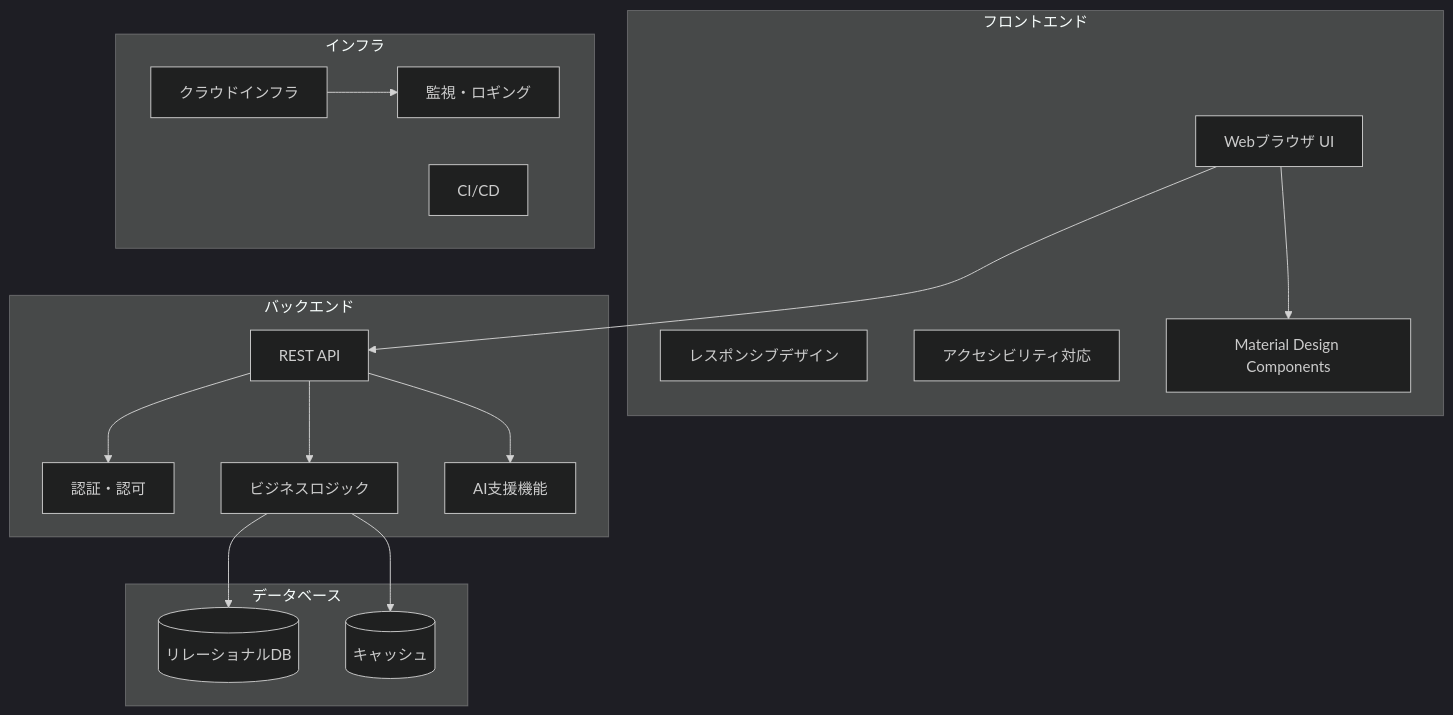
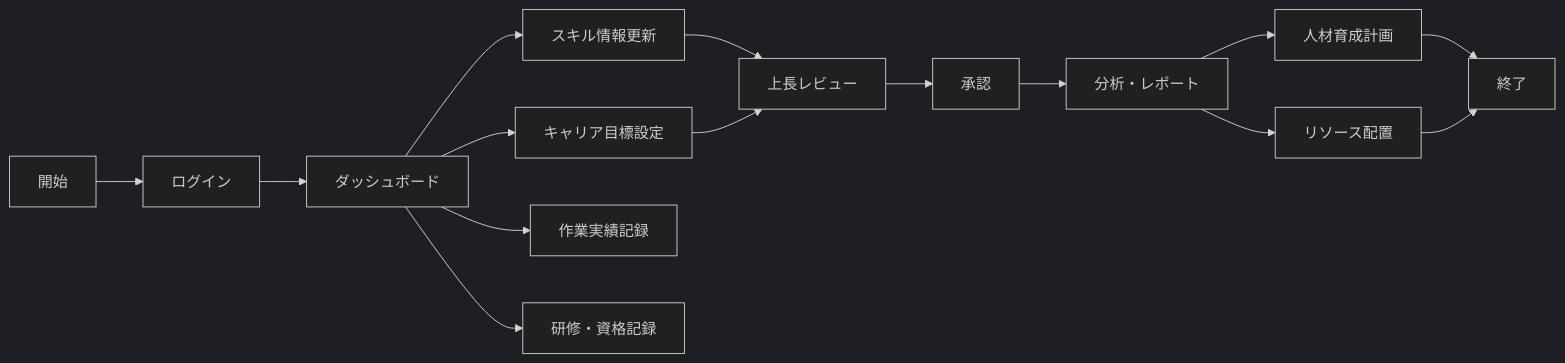
One commit to sas-dx/skill-report-web changed the second of 2 diagrams in プロジェクト基本情報.md. Above: the diagram before and after it, drawn with Mermaid (dark theme). The commit also changed other lines of this file and 12 other files, not shown here.

````diff
--- a/プロジェクト基本情報.md
+++ b/プロジェクト基本情報.md
@@ -42,36 +101,17 @@
 ```mermaid
-graph TD
-    subgraph "フロントエンド"
-        UI[Webブラウザ UI]
-        RESP[レスポンシブデザイン]
-        ACC[アクセシビリティ対応]
-        MDC[Material Design Components]
-    end
-    
-    subgraph "バックエンド"
-        API[REST API]
-        AUTH[認証・認可]
-        BIZ[ビジネスロジック]
-        AI[AI支援機能]
-    end
-    
-    subgraph "データベース"
-        DB[(リレーショナルDB)]
-        CACHE[(キャッシュ)]
-    end
-    
-    subgraph "インフラ"
-        CLOUD[クラウドインフラ]
-        CI[CI/CD]
-        MON[監視・ロギング]
-    end
-    
-    UI --> API
-    UI --> MDC
-    API --> BIZ
-    API --> AI
-    BIZ --> DB
-    BIZ --> CACHE
-    API --> AUTH
-    CLOUD --> MON
+graph LR
+    Start[開始] --> Login[ログイン]
+    Login --> Dashboard[ダッシュボード]
+    Dashboard --> SkillUpdate[スキル情報更新]
+    Dashboard --> CareerGoal[キャリア目標設定]
+    Dashboard --> WorkRecord[作業実績記録]
+    Dashboard --> TrainingRecord[研修・資格記録]
+    SkillUpdate --> Review[上長レビュー]
+    CareerGoal --> Review
+    Review --> Approval[承認]
+    Approval --> Analysis[分析・レポート]
+    Analysis --> HRPlanning[人材育成計画]
+    Analysis --> ResourceAllocation[リソース配置]
+    HRPlanning --> End[終了]
+    ResourceAllocation --> End
 ```
````
